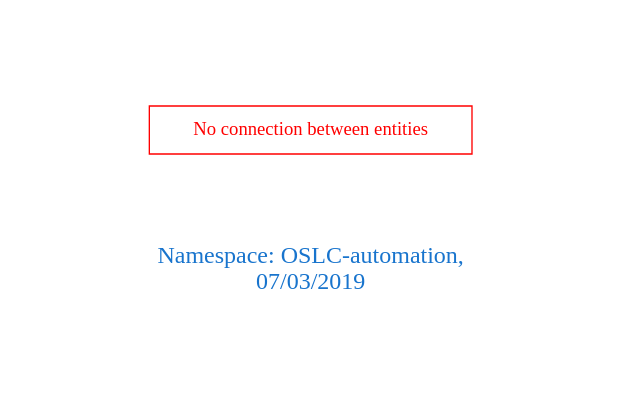
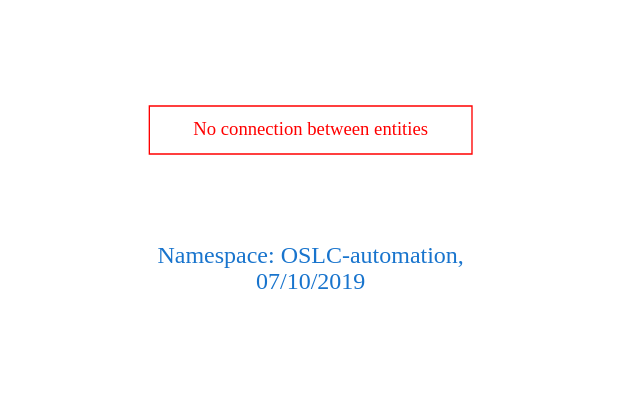
One commit to arago/OGIT changed the diagram in downloads/OSLC-automation.dot. Above: the diagram before and after it, drawn with Graphviz. The commit also changed 1503 other files, not shown here.

```diff
--- a/downloads/OSLC-automation.dot
+++ b/downloads/OSLC-automation.dot
@@ -1,9 +1,9 @@
 digraph OGIT_ontology {
  graph [ rankdir= LR,pad=1 
 fontsize = 18,
-fontcolor= dodgerblue3,label = "\n\n\nNamespace: OSLC-automation, \n 07/03/2019"];
+fontcolor= dodgerblue3,label = "\n\n\nNamespace: OSLC-automation, \n 07/10/2019"];
 node[shape=polygon];
 edge [  color="gray81"];
 
 "No connection between entities" [fontcolor = "red",color="red", shape="polygon"]
 }
```
